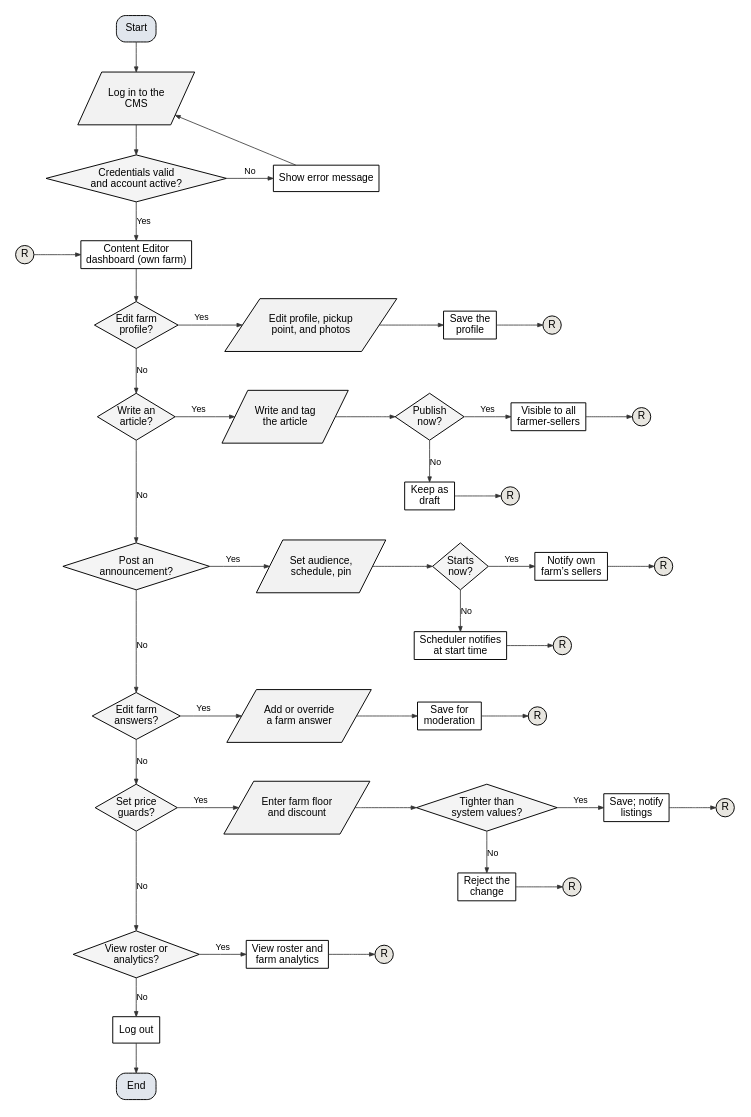
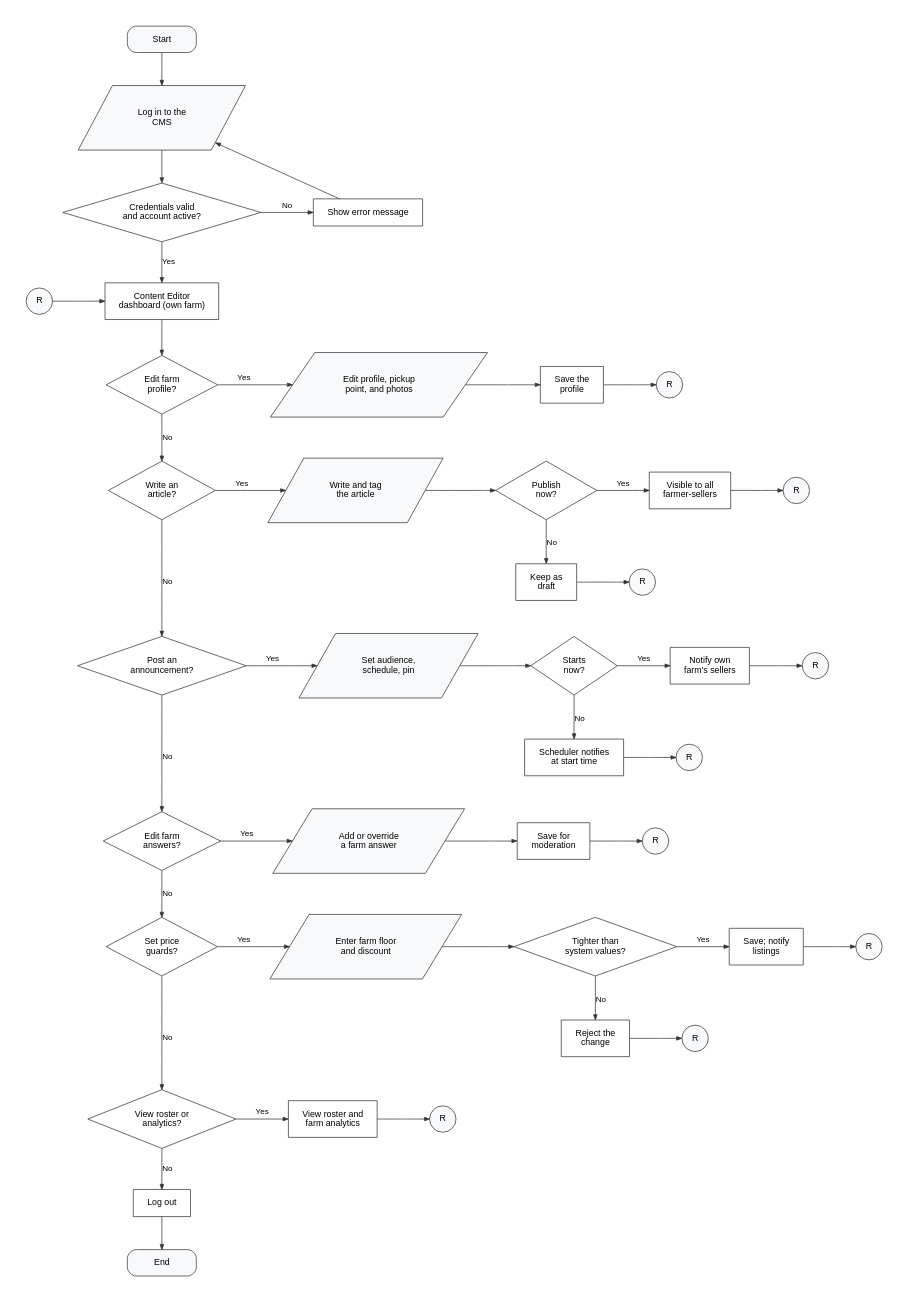
One commit to shawncastaneda11-commits/anihow-backend changed the diagram in docs/manuscript/figures/src/fig5c_flow_content_editor.dot. Above: the diagram before and after it, drawn with Graphviz. The commit also changed 15 other files, not shown here.

First line of the commit message:
docs(manuscript): refactor Figure 5 to a publication-grade flowchart

```diff
--- a/docs/manuscript/figures/src/fig5c_flow_content_editor.dot
+++ b/docs/manuscript/figures/src/fig5c_flow_content_editor.dot
@@ -1,108 +1,108 @@
 digraph G {
-  graph [rankdir=TB, nodesep=0.45, ranksep=0.55, pad=0.2, fontname="Liberation Sans", newrank=true, splines=polyline];
-  node  [fontname="Liberation Sans", fontsize=14, penwidth=1.3, style=filled, fillcolor="#FFFFFF", margin="0.12,0.06"];
-  edge  [penwidth=1.1, arrowsize=0.7, color="#333333", fontname="Liberation Sans", fontsize=12];
-  s [shape=box, style="rounded,filled", fillcolor="#E1E6ED", label="Start"];
-  li [shape=parallelogram, fillcolor="#F2F2F2", label="Log in to the\nCMS", margin="0.02,0.04"];
-  ok [shape=diamond, fillcolor="#F4F4F4", label="Credentials valid\nand account active?", margin="0.02,0.02"];
+  graph [rankdir=TB, nodesep=0.5, ranksep=0.6, pad=0.4, fontname="Liberation Sans", newrank=true, splines=polyline, bgcolor="white"];
+  node  [fontname="Liberation Sans", fontsize=12, penwidth=1, color="#333333", style=filled, fillcolor="#FFFFFF", margin="0.26,0.16"];
+  edge  [penwidth=1, arrowsize=0.7, color="#333333", fontname="Liberation Sans", fontsize=11];
+  s [shape=box, style="rounded,filled", fillcolor="#F8F9FA", width=1.3, height=0.5, margin="0.2,0.1", label="Start"];
+  li [shape=parallelogram, fillcolor="#F8F9FA", label="Log in to the\nCMS", margin="0.30,0.12"];
+  ok [shape=diamond, fillcolor="#FFFFFF", label="Credentials valid\nand account active?", margin="0.20,0.10"];
   err [shape=box, label="Show error message"];
-  ain [shape=circle, width=0.35, fixedsize=true, fillcolor="#E8E6E0", label="R"];
+  ain [shape=circle, width=0.5, fixedsize=true, fillcolor="#F8F9FA", label="R"];
   home [shape=box, label="Content Editor\ndashboard (own farm)"];
   lo [shape=box, label="Log out"];
-  end [shape=box, style="rounded,filled", fillcolor="#E1E6ED", label="End"];
+  end [shape=box, style="rounded,filled", fillcolor="#F8F9FA", width=1.3, height=0.5, margin="0.2,0.1", label="End"];
   s -> li;
   li -> ok;
   ok -> err [label="No"];
   err -> li [constraint=false];
   ok -> home [label="Yes"];
   ain -> home;
   {rank=same; ok err}
   {rank=same; home ain}
-  q0 [shape=diamond, fillcolor="#F4F4F4", label="Edit farm\nprofile?", margin="0.02,0.02"];
+  q0 [shape=diamond, fillcolor="#FFFFFF", label="Edit farm\nprofile?", margin="0.20,0.10"];
   home -> q0;
-  s0_0 [shape=parallelogram, fillcolor="#F2F2F2", label="Edit profile, pickup\npoint, and photos", margin="0.02,0.04"];
+  s0_0 [shape=parallelogram, fillcolor="#F8F9FA", label="Edit profile, pickup\npoint, and photos", margin="0.30,0.12"];
   q0 -> s0_0 [label="Yes"];
   s0_1 [shape=box, label="Save the\nprofile"];
   s0_0 -> s0_1;
-  r0 [shape=circle, width=0.35, fixedsize=true, fillcolor="#E8E6E0", label="R"];
+  r0 [shape=circle, width=0.5, fixedsize=true, fillcolor="#F8F9FA", label="R"];
   s0_1 -> r0;
   {rank=same; q0; s0_0; s0_1; r0}
-  q1 [shape=diamond, fillcolor="#F4F4F4", label="Write an\narticle?", margin="0.02,0.02"];
+  q1 [shape=diamond, fillcolor="#FFFFFF", label="Write an\narticle?", margin="0.20,0.10"];
   q0 -> q1 [label="No"];
-  s1_0 [shape=parallelogram, fillcolor="#F2F2F2", label="Write and tag\nthe article", margin="0.02,0.04"];
+  s1_0 [shape=parallelogram, fillcolor="#F8F9FA", label="Write and tag\nthe article", margin="0.30,0.12"];
   q1 -> s1_0 [label="Yes"];
-  s1_1 [shape=diamond, fillcolor="#F4F4F4", label="Publish\nnow?", margin="0.02,0.02"];
+  s1_1 [shape=diamond, fillcolor="#FFFFFF", label="Publish\nnow?", margin="0.20,0.10"];
   s1_0 -> s1_1;
   a1_1 [shape=box, label="Keep as\ndraft"];
-  xa1_1 [shape=circle, width=0.35, fixedsize=true, fillcolor="#E8E6E0", label="R"];
+  xa1_1 [shape=circle, width=0.5, fixedsize=true, fillcolor="#F8F9FA", label="R"];
   s1_1 -> a1_1 [label="No"];
   a1_1 -> xa1_1;
   {rank=same; a1_1; xa1_1}
   s1_2 [shape=box, label="Visible to all\nfarmer-sellers"];
   s1_1 -> s1_2 [label="Yes"];
-  r1 [shape=circle, width=0.35, fixedsize=true, fillcolor="#E8E6E0", label="R"];
+  r1 [shape=circle, width=0.5, fixedsize=true, fillcolor="#F8F9FA", label="R"];
   s1_2 -> r1;
   {rank=same; q1; s1_0; s1_1; s1_2; r1}
-  q2 [shape=diamond, fillcolor="#F4F4F4", label="Post an\nannouncement?", margin="0.02,0.02"];
+  q2 [shape=diamond, fillcolor="#FFFFFF", label="Post an\nannouncement?", margin="0.20,0.10"];
   q1 -> q2 [label="No", minlen=2];
-  s2_0 [shape=parallelogram, fillcolor="#F2F2F2", label="Set audience,\nschedule, pin", margin="0.02,0.04"];
+  s2_0 [shape=parallelogram, fillcolor="#F8F9FA", label="Set audience,\nschedule, pin", margin="0.30,0.12"];
   q2 -> s2_0 [label="Yes"];
-  s2_1 [shape=diamond, fillcolor="#F4F4F4", label="Starts\nnow?", margin="0.02,0.02"];
+  s2_1 [shape=diamond, fillcolor="#FFFFFF", label="Starts\nnow?", margin="0.20,0.10"];
   s2_0 -> s2_1;
   a2_1 [shape=box, label="Scheduler notifies\nat start time"];
-  xa2_1 [shape=circle, width=0.35, fixedsize=true, fillcolor="#E8E6E0", label="R"];
+  xa2_1 [shape=circle, width=0.5, fixedsize=true, fillcolor="#F8F9FA", label="R"];
   s2_1 -> a2_1 [label="No"];
   a2_1 -> xa2_1;
   {rank=same; a2_1; xa2_1}
   s2_2 [shape=box, label="Notify own\nfarm’s sellers"];
   s2_1 -> s2_2 [label="Yes"];
-  r2 [shape=circle, width=0.35, fixedsize=true, fillcolor="#E8E6E0", label="R"];
+  r2 [shape=circle, width=0.5, fixedsize=true, fillcolor="#F8F9FA", label="R"];
   s2_2 -> r2;
   {rank=same; q2; s2_0; s2_1; s2_2; r2}
-  q3 [shape=diamond, fillcolor="#F4F4F4", label="Edit farm\nanswers?", margin="0.02,0.02"];
+  q3 [shape=diamond, fillcolor="#FFFFFF", label="Edit farm\nanswers?", margin="0.20,0.10"];
   q2 -> q3 [label="No", minlen=2];
-  s3_0 [shape=parallelogram, fillcolor="#F2F2F2", label="Add or override\na farm answer", margin="0.02,0.04"];
+  s3_0 [shape=parallelogram, fillcolor="#F8F9FA", label="Add or override\na farm answer", margin="0.30,0.12"];
   q3 -> s3_0 [label="Yes"];
   s3_1 [shape=box, label="Save for\nmoderation"];
   s3_0 -> s3_1;
-  r3 [shape=circle, width=0.35, fixedsize=true, fillcolor="#E8E6E0", label="R"];
+  r3 [shape=circle, width=0.5, fixedsize=true, fillcolor="#F8F9FA", label="R"];
   s3_1 -> r3;
   {rank=same; q3; s3_0; s3_1; r3}
-  q4 [shape=diamond, fillcolor="#F4F4F4", label="Set price\nguards?", margin="0.02,0.02"];
+  q4 [shape=diamond, fillcolor="#FFFFFF", label="Set price\nguards?", margin="0.20,0.10"];
   q3 -> q4 [label="No"];
-  s4_0 [shape=parallelogram, fillcolor="#F2F2F2", label="Enter farm floor\nand discount", margin="0.02,0.04"];
+  s4_0 [shape=parallelogram, fillcolor="#F8F9FA", label="Enter farm floor\nand discount", margin="0.30,0.12"];
   q4 -> s4_0 [label="Yes"];
-  s4_1 [shape=diamond, fillcolor="#F4F4F4", label="Tighter than\nsystem values?", margin="0.02,0.02"];
+  s4_1 [shape=diamond, fillcolor="#FFFFFF", label="Tighter than\nsystem values?", margin="0.20,0.10"];
   s4_0 -> s4_1;
   a4_1 [shape=box, label="Reject the\nchange"];
-  xa4_1 [shape=circle, width=0.35, fixedsize=true, fillcolor="#E8E6E0", label="R"];
+  xa4_1 [shape=circle, width=0.5, fixedsize=true, fillcolor="#F8F9FA", label="R"];
   s4_1 -> a4_1 [label="No"];
   a4_1 -> xa4_1;
   {rank=same; a4_1; xa4_1}
   s4_2 [shape=box, label="Save; notify\nlistings"];
   s4_1 -> s4_2 [label="Yes"];
-  r4 [shape=circle, width=0.35, fixedsize=true, fillcolor="#E8E6E0", label="R"];
+  r4 [shape=circle, width=0.5, fixedsize=true, fillcolor="#F8F9FA", label="R"];
   s4_2 -> r4;
   {rank=same; q4; s4_0; s4_1; s4_2; r4}
-  q5 [shape=diamond, fillcolor="#F4F4F4", label="View roster or\nanalytics?", margin="0.02,0.02"];
+  q5 [shape=diamond, fillcolor="#FFFFFF", label="View roster or\nanalytics?", margin="0.20,0.10"];
   q4 -> q5 [label="No", minlen=2];
   s5_0 [shape=box, label="View roster and\nfarm analytics"];
   q5 -> s5_0 [label="Yes"];
-  r5 [shape=circle, width=0.35, fixedsize=true, fillcolor="#E8E6E0", label="R"];
+  r5 [shape=circle, width=0.5, fixedsize=true, fillcolor="#F8F9FA", label="R"];
   s5_0 -> r5;
   {rank=same; q5; s5_0; r5}
   q5 -> lo [label="No"];
   lo -> end;
   s [group=trunk];
   li [group=trunk];
   ok [group=trunk];
   home [group=trunk];
   lo [group=trunk];
   end [group=trunk];
   q0 [group=trunk];
   q1 [group=trunk];
   q2 [group=trunk];
   q3 [group=trunk];
   q4 [group=trunk];
   q5 [group=trunk];
 }
```
